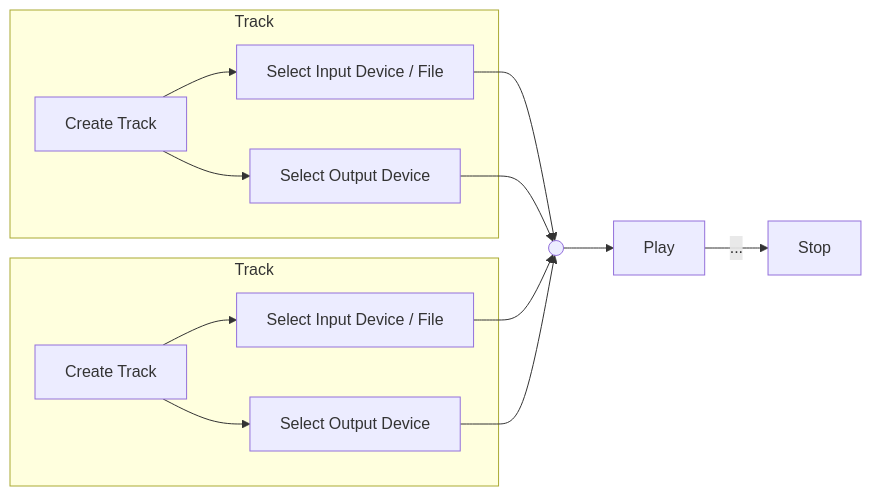
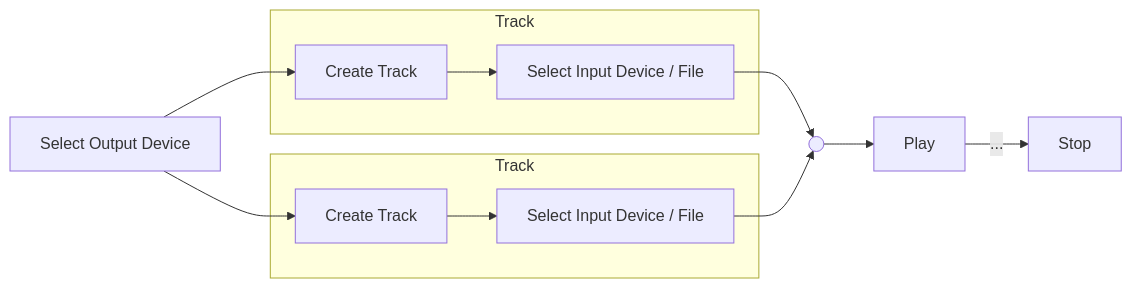
Before and after one commit to aidan-clyens/miniaudioengine: diagram 11 of 28 in docs/DESIGN_DOC.md, drawn with Mermaid. The commit also changed other lines of this file and 4 other files, not shown here.

````diff
--- a/docs/DESIGN_DOC.md
+++ b/docs/DESIGN_DOC.md
@@ -323,34 +324,32 @@
 ```mermaid
 flowchart LR
 
     subgraph Track["Track"]
         Step1["Create Track"]
         Step2["Select Input Device / File"]
-        Step3["Select Output Device"]
     end
 
     subgraph Track2["Track"]
         Step12["Create Track"]
         Step22["Select Input Device / File"]
-        Step32["Select Output Device"]
     end
+
+    SelectOutput["Select Output Device"]
+    SelectOutput --> Step1
+    SelectOutput --> Step12
 
     J((" "))
 
     Step4["Play"]
     Step5["Stop"]
 
     Step1 --> Step2
-    Step1 --> Step3
     Step4 -->|...| Step5
 
     Step12 --> Step22 
-    Step12 --> Step32
 
     Step2 --> J
-    Step3 --> J
     Step22 --> J
-    Step32 --> J
 
     J --> Step4
 ```
````
